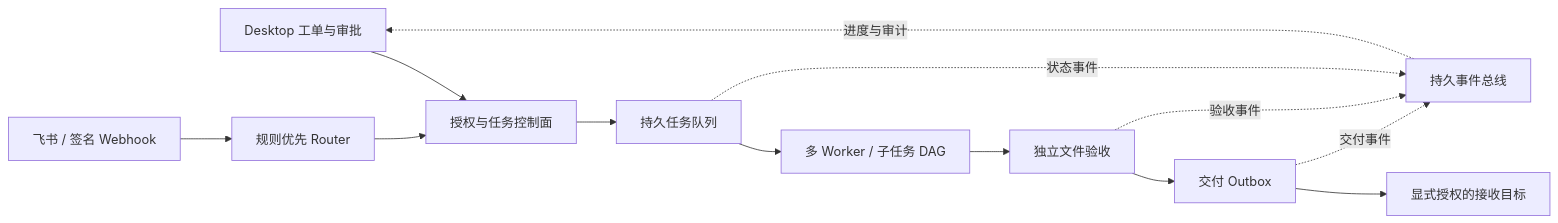
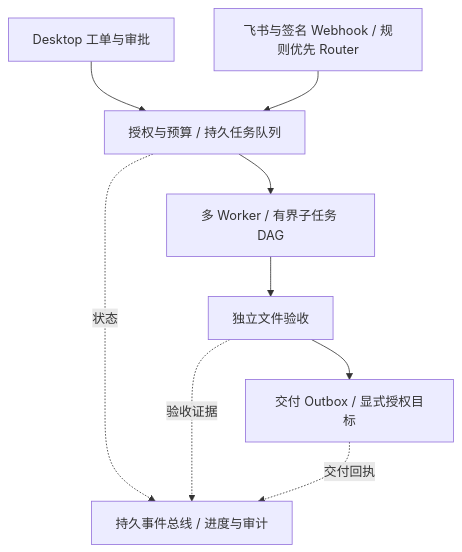
The diagram in README.md (konglong87/super-niuma), drawn with Mermaid before and after one commit. The commit also changed 2 other files, not shown here.

Commit message:
docs: keep architecture overview readable on the GitHub project page

````diff
--- a/README.md
+++ b/README.md
@@ -105,15 +105,11 @@
 ```mermaid
-flowchart LR
-    Desktop[Desktop 工单与审批] --> Control[授权与任务控制面]
-    Channels[飞书 / 签名 Webhook] --> Router[规则优先 Router]
-    Router --> Control
-    Control --> Queue[持久任务队列]
-    Queue --> Workers[多 Worker / 子任务 DAG]
+flowchart TB
+    Desktop[Desktop 工单与审批] --> Control[授权与预算 / 持久任务队列]
+    Router[飞书与签名 Webhook / 规则优先 Router] --> Control
+    Control --> Workers[多 Worker / 有界子任务 DAG]
     Workers --> Verify[独立文件验收]
-    Verify --> Outbox[交付 Outbox]
-    Outbox --> Targets[显式授权的接收目标]
-    Queue -. 状态事件 .-> Bus[持久事件总线]
-    Verify -. 验收事件 .-> Bus
-    Outbox -. 交付事件 .-> Bus
-    Bus -. 进度与审计 .-> Desktop
+    Verify --> Outbox[交付 Outbox / 显式授权目标]
+    Control -. 状态 .-> Bus[持久事件总线 / 进度与审计]
+    Verify -. 验收证据 .-> Bus
+    Outbox -. 交付回执 .-> Bus
 ```
````
